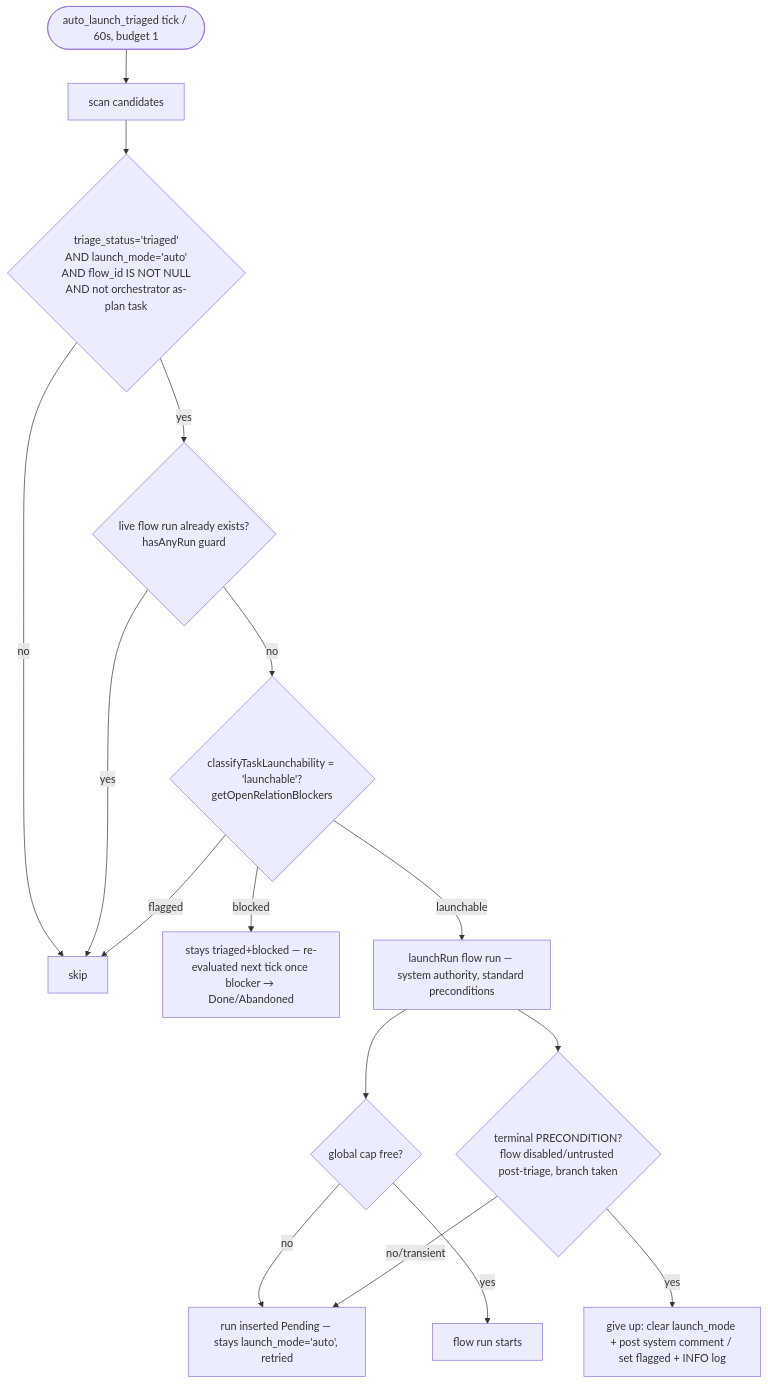
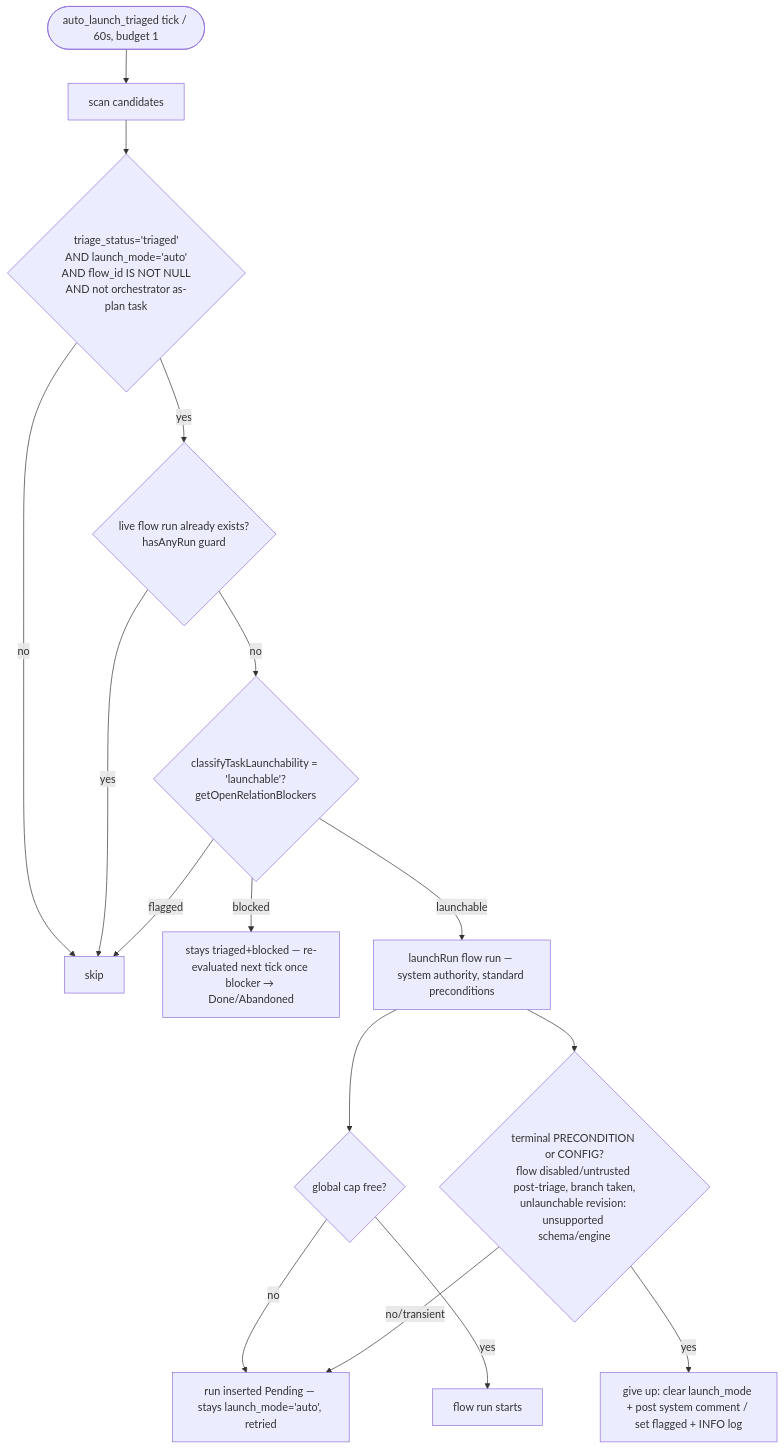
The third of 4 diagrams in docs/system-analytics/triage.md (maister-dev/maister), drawn with Mermaid before and after one commit. The commit also changed other lines of this file and 34 other files, not shown here.

First line of the commit message:
feat(triage,agents): ADR-111 triager config framework + review hardening

````diff
--- a/docs/system-analytics/triage.md
+++ b/docs/system-analytics/triage.md
@@ -159,18 +161,18 @@
 ```mermaid
 flowchart TD
     T([auto_launch_triaged tick / 60s, budget 1]) --> SCAN[scan candidates]
     SCAN --> P{triage_status='triaged'<br/>AND launch_mode='auto'<br/>AND flow_id IS NOT NULL<br/>AND not orchestrator as-plan task}
     P -- no --> SKIP[skip]
     P -- yes --> LIVE{live flow run already exists?<br/>hasAnyRun guard}
     LIVE -- yes --> SKIP
     LIVE -- no --> CL{classifyTaskLaunchability = 'launchable'?<br/>getOpenRelationBlockers}
     CL -- blocked --> WAIT[stays triaged+blocked — re-evaluated next tick once blocker → Done/Abandoned]
     CL -- flagged --> SKIP
     CL -- launchable --> LR[launchRun flow run — system authority, standard preconditions]
     LR --> CAP{global cap free?}
     CAP -- no --> PEND[run inserted Pending — stays launch_mode='auto', retried]
     CAP -- yes --> RUN[flow run starts]
-    LR --> GU{terminal PRECONDITION?<br/>flow disabled/untrusted post-triage, branch taken}
+    LR --> GU{terminal PRECONDITION or CONFIG?<br/>flow disabled/untrusted post-triage, branch taken,<br/>unlaunchable revision: unsupported schema/engine}
     GU -- yes --> GIVEUP[give up: clear launch_mode + post system comment / set flagged + INFO log]
     GU -- no/transient --> PEND
 ```
````
